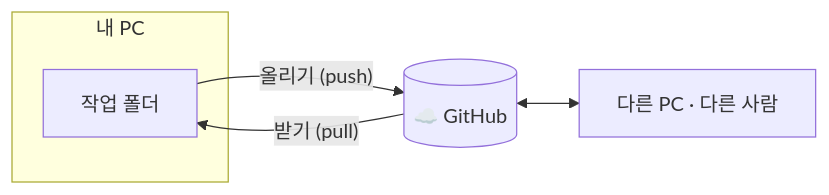
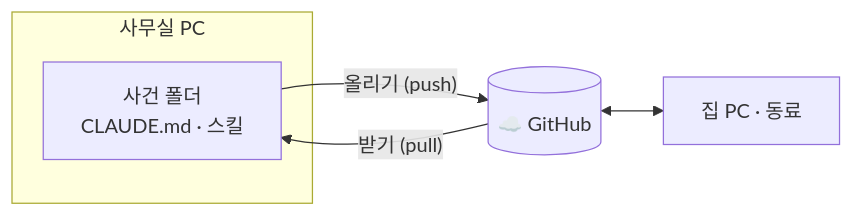
The diagram in 기초/09-GitHub-기초.md (gyuber/claude-basics), drawn with Mermaid before and after one commit. The commit also changed other lines of this file and 32 other files, not shown here.

````diff
--- a/기초/09-GitHub-기초.md
+++ b/기초/09-GitHub-기초.md
@@ -7,9 +7,9 @@
 ```mermaid
 flowchart LR
-  subgraph PC["내 PC"]
-    W["작업 폴더"]
+  subgraph PC["사무실 PC"]
+    W["사건 폴더<br/>CLAUDE.md · 스킬"]
   end
   W -- "올리기 (push)" --> G[("☁️ GitHub")]
   G -- "받기 (pull)" --> W
-  G <--> O["다른 PC · 다른 사람"]
+  G <--> O["집 PC · 동료"]
 ```
````
